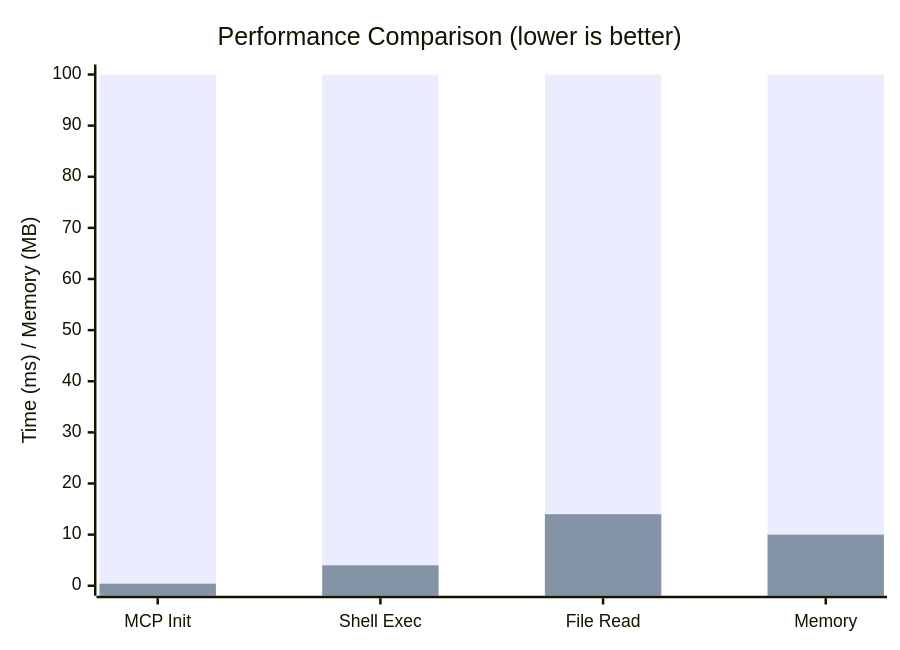
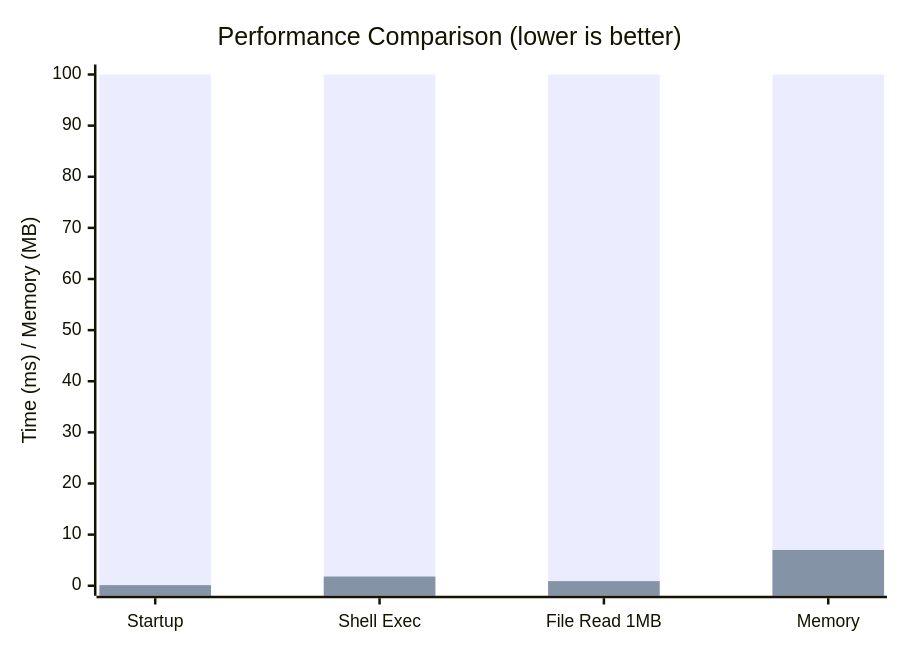
One commit to gabrielmaialva33/winx-code-agent changed the first of 5 diagrams in README.md. Above: the diagram before and after it, drawn with Mermaid. The commit also changed other lines of this file and 15 other files, not shown here.

````diff
--- a/README.md
+++ b/README.md
@@ -33,8 +35,8 @@
 ```mermaid
 xychart-beta
     title "Performance Comparison (lower is better)"
-    x-axis ["MCP Init", "Shell Exec", "File Read", "Memory"]
+    x-axis ["Startup", "Shell Exec", "File Read 1MB", "Memory"]
     y-axis "Time (ms) / Memory (MB)" 0 --> 100
     bar [100, 100, 100, 100]
-    bar [0.4, 4, 14, 10]
+    bar [0.12, 1.8, 0.9, 7]
 ```
````
